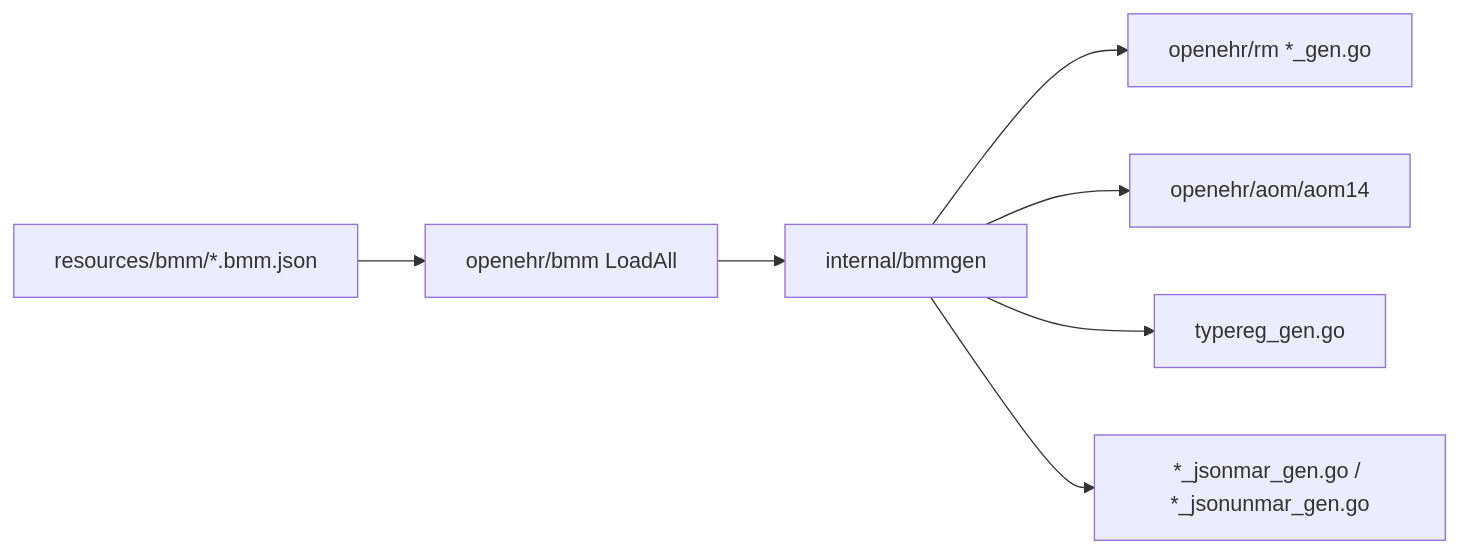
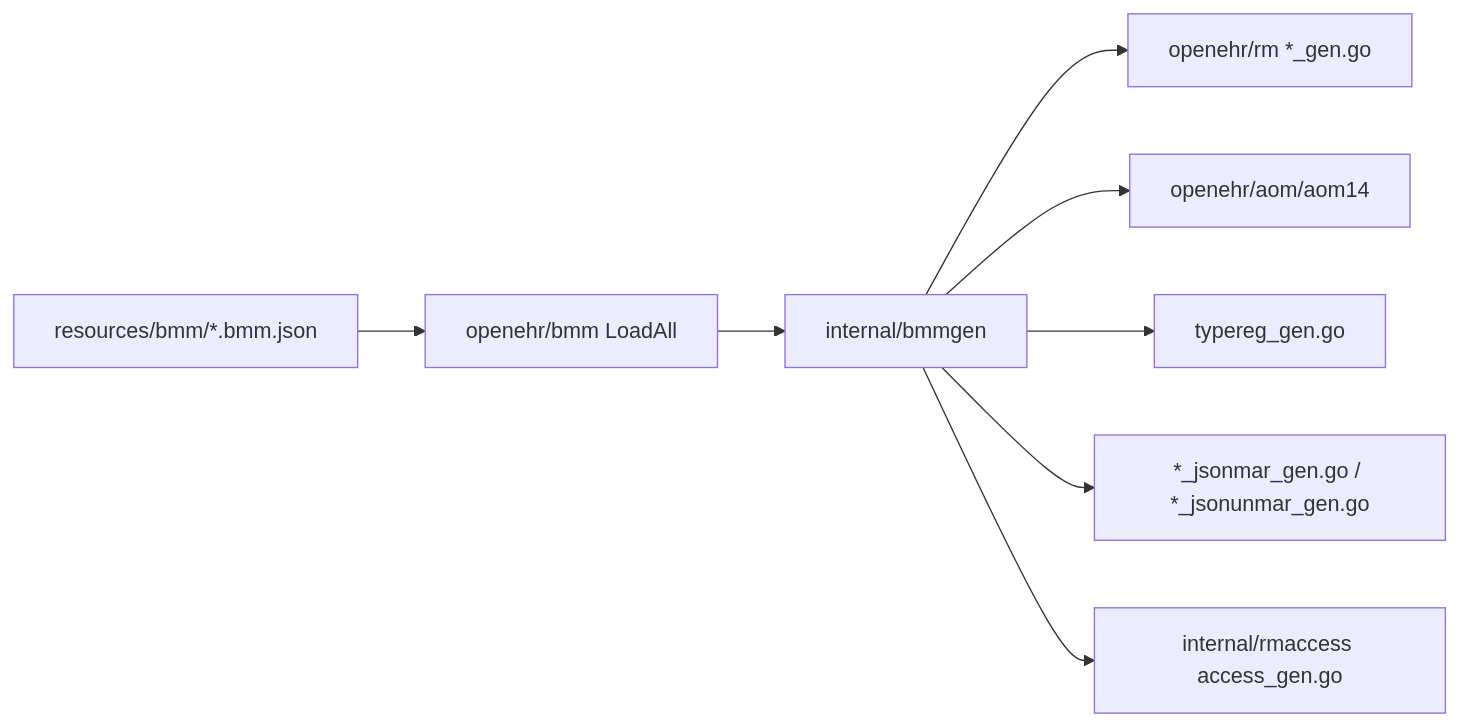
One commit to Cadasto/openehr-sdk-go changed the second of 2 diagrams in docs/architecture.md. Above: the diagram before and after it, drawn with Mermaid. The commit also changed other lines of this file and 6 other files, not shown here.

````diff
--- a/docs/architecture.md
+++ b/docs/architecture.md
@@ -180,16 +181,18 @@
 ```mermaid
 flowchart LR
   BMM["resources/bmm/*.bmm.json"]
   Load["openehr/bmm LoadAll"]
   Gen["internal/bmmgen"]
   RM["openehr/rm *_gen.go"]
   AOM["openehr/aom/aom14"]
   Reg["typereg_gen.go"]
   JSON["*_jsonmar_gen.go / *_jsonunmar_gen.go"]
+  Access["internal/rmaccess access_gen.go"]
 
   BMM --> Load --> Gen
   Gen --> RM
   Gen --> AOM
   Gen --> Reg
   Gen --> JSON
+  Gen --> Access
 ```
````
